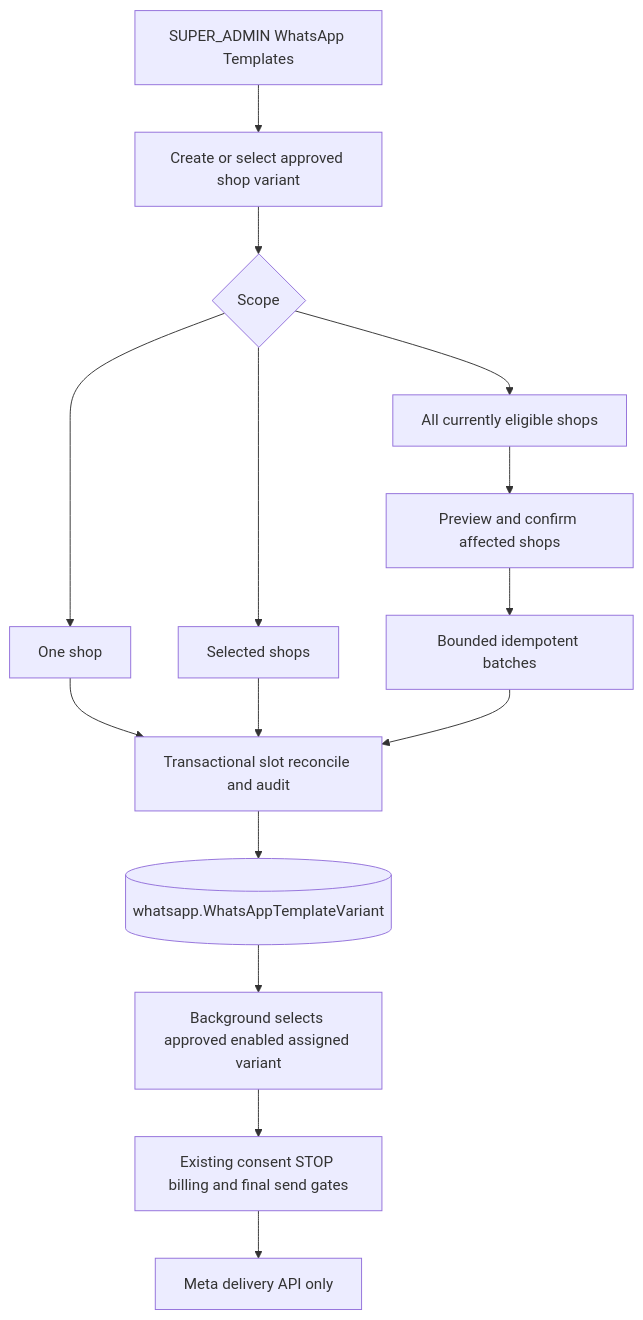
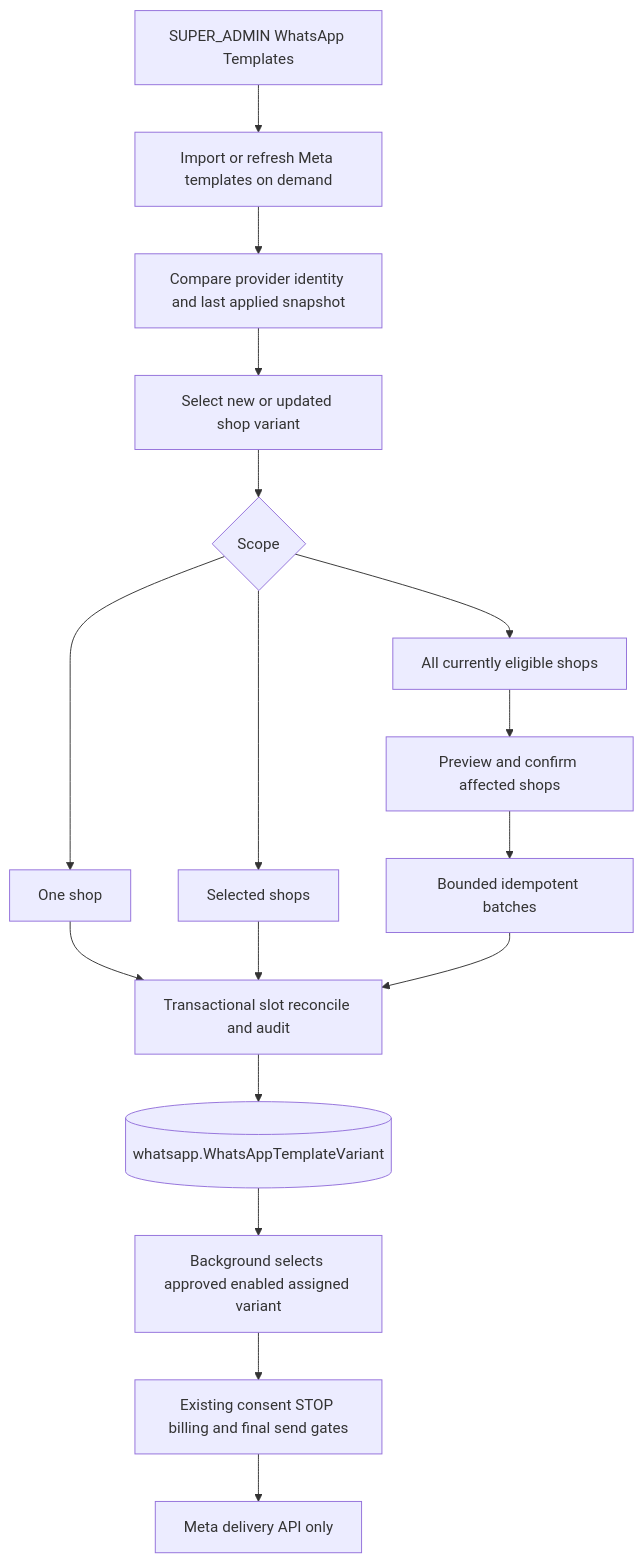
One commit to kodjobaah/moda-interact-workspace changed the diagram in docs/architecture/ARCH-047-admin-managed-whatsapp-template-catalogue.md. Above: the diagram before and after it, drawn with Mermaid. The commit also changed other lines of this file and 5 other files, not shown here.

````diff
--- a/docs/architecture/ARCH-047-admin-managed-whatsapp-template-catalogue.md
+++ b/docs/architecture/ARCH-047-admin-managed-whatsapp-template-catalogue.md
@@ -81,17 +102,19 @@
 ```mermaid
 flowchart TD
- A[SUPER_ADMIN WhatsApp Templates] --> B[Create or select approved shop variant]
+ A[SUPER_ADMIN WhatsApp Templates] --> X[Import or refresh Meta templates on demand]
+ X --> Y[Compare provider identity and last applied snapshot]
+ Y --> B[Select new or updated shop variant]
  B --> C{Scope}
  C --> D[One shop]
  C --> E[Selected shops]
  C --> F[All currently eligible shops]
  D --> G[Transactional slot reconcile and audit]
  E --> G
  F --> H[Preview and confirm affected shops]
  H --> I[Bounded idempotent batches]
  I --> G
  G --> J[(whatsapp.WhatsAppTemplateVariant)]
  J --> K[Background selects approved enabled assigned variant]
  K --> L[Existing consent STOP billing and final send gates]
  L --> M[Meta delivery API only]
 ```
````
